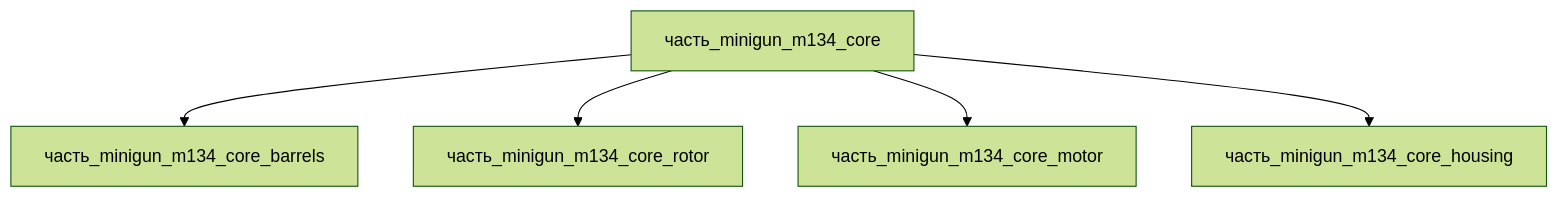
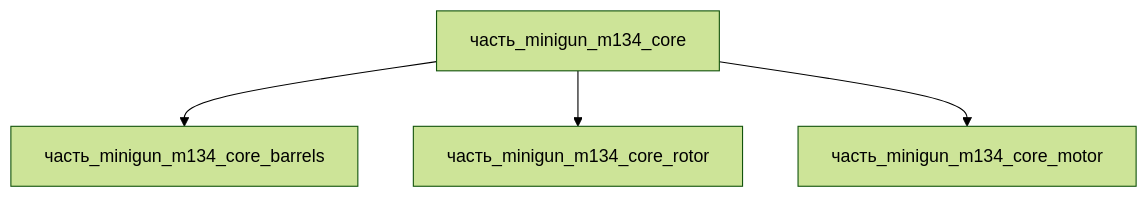
Before and after one commit to a-m-e-n-t-e-t/SkyNet: the diagram in реальные данные/изделия/встроенное_оружие/minigun_m134/часть_minigun_m134_core/_index.md, drawn with Mermaid (forest theme). The commit also changed other lines of this file and 9 other files, not shown here.

````diff
--- a/реальные данные/изделия/встроенное_оружие/minigun_m134/часть_minigun_m134_core/_index.md
+++ b/реальные данные/изделия/встроенное_оружие/minigun_m134/часть_minigun_m134_core/_index.md
@@ -92,12 +91,10 @@
 ```mermaid
 graph TD
     core["часть_minigun_m134_core"]
     barrels["часть_minigun_m134_core_barrels"]
     core --> barrels
     rotor["часть_minigun_m134_core_rotor"]
     core --> rotor
     motor["часть_minigun_m134_core_motor"]
     core --> motor
-    housing["часть_minigun_m134_core_housing"]
-    core --> housing
 ```
````
